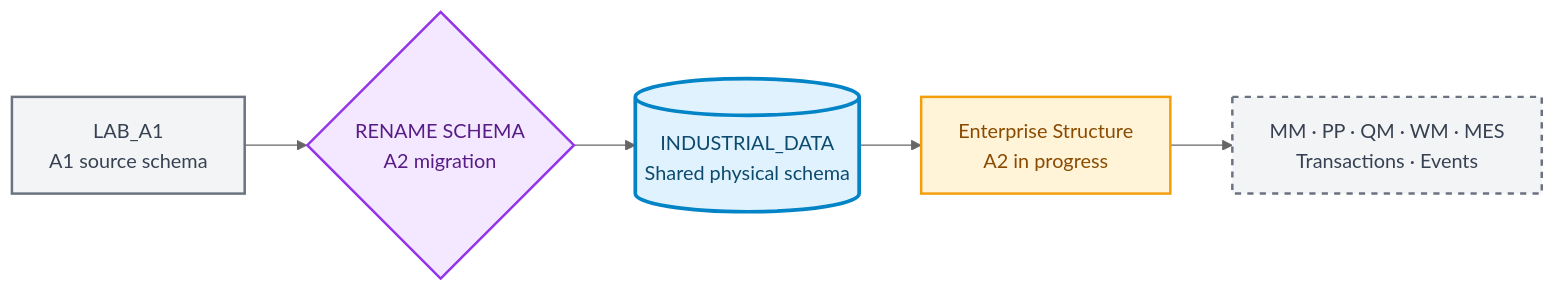
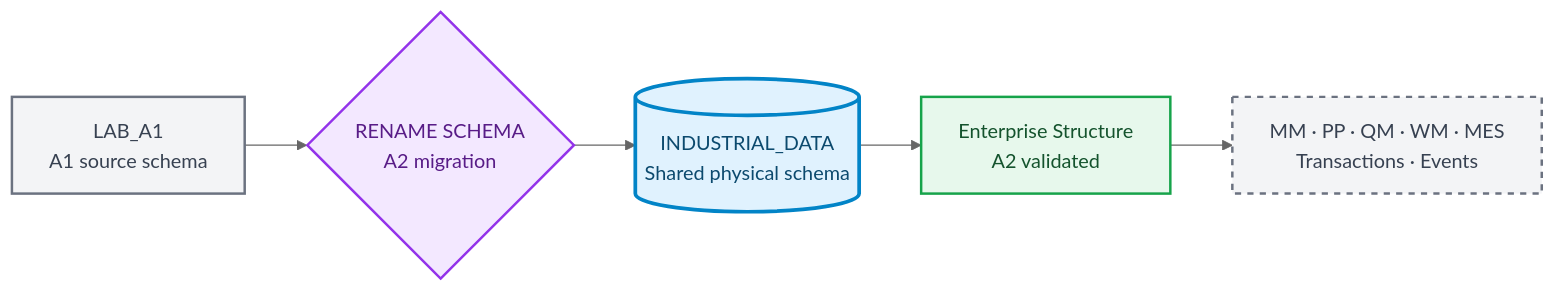
One commit to OrlandoCaetano2026/SAP_HANA_Cloud_Data_Engineering_Learning changed the first of 2 diagrams in Industrial-Data-Universe/Blueprint/BR/industrial-data-universe-blueprint.md. Above: the diagram before and after it, drawn with Mermaid (neutral theme). The commit also changed other lines of this file and 35 other files, not shown here.

Commit message:
Complete A2 enterprise structure documentation and blueprint

````diff
--- a/Industrial-Data-Universe/Blueprint/BR/industrial-data-universe-blueprint.md
+++ b/Industrial-Data-Universe/Blueprint/BR/industrial-data-universe-blueprint.md
@@ -26,14 +25,14 @@
 ```mermaid
 flowchart LR
     OLD["LAB_A1<br/>A1 source schema"]:::previous
     MIG{"RENAME SCHEMA<br/>A2 migration"}:::migration
     NEW[("INDUSTRIAL_DATA<br/>Shared physical schema")]:::current
-    ES["Enterprise Structure<br/>A2 in progress"]:::next
+    ES["Enterprise Structure<br/>A2 validated"]:::done
     FUT["MM · PP · QM · WM · MES<br/>Transactions · Events"]:::future
     OLD --> MIG --> NEW --> ES --> FUT
     classDef previous fill:#F3F4F6,stroke:#6B7280,color:#374151,stroke-width:2px;
     classDef migration fill:#F3E8FF,stroke:#9333EA,color:#581C87,stroke-width:2px;
     classDef current fill:#E0F2FE,stroke:#0284C7,color:#0C4A6E,stroke-width:3px;
-    classDef next fill:#FFF3D8,stroke:#F59E0B,color:#8A4B00,stroke-width:2px;
+    classDef done fill:#E7F8EC,stroke:#16A34A,color:#14532D,stroke-width:2px;
     classDef future fill:#F3F4F6,stroke:#6B7280,color:#374151,stroke-width:2px,stroke-dasharray:5 5;
 ```
````
